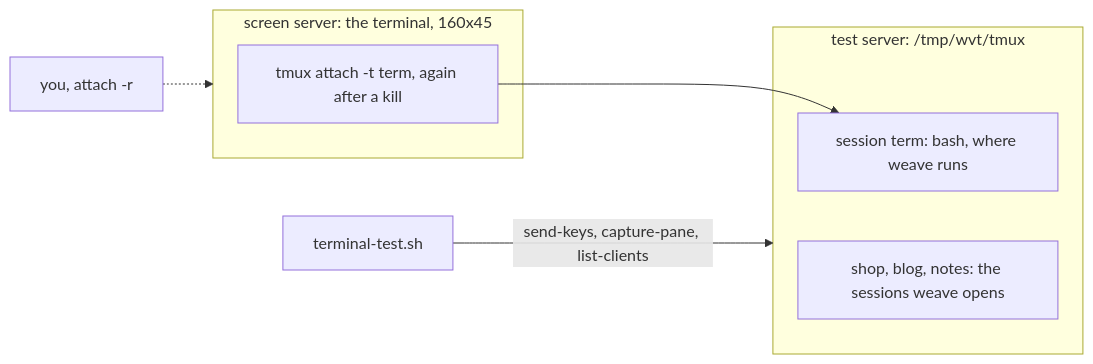
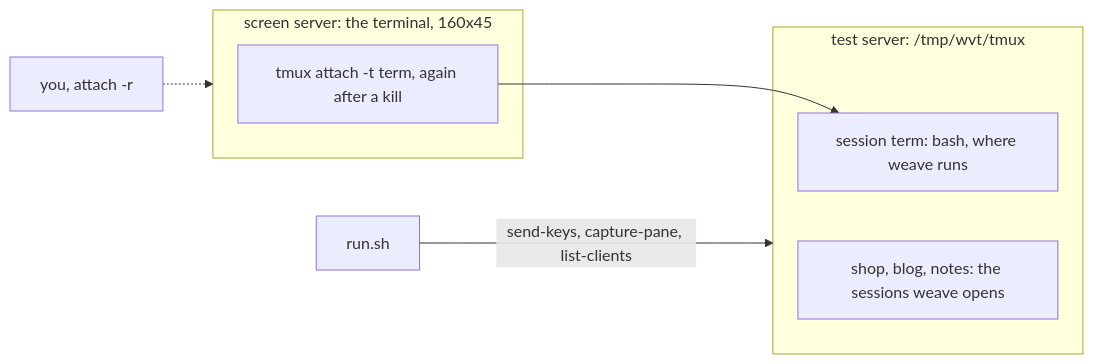
One commit to medilies/weaver changed the diagram in docs/agents/terminal-testing.md. Above: the diagram before and after it, drawn with Mermaid. The commit also changed other lines of this file and 2 other files, not shown here.

First line of the commit message:
test: move the terminal scenarios to test/terminal, watch them in a window

````diff
--- a/docs/agents/terminal-testing.md
+++ b/docs/agents/terminal-testing.md
@@ -44,13 +44,13 @@
 ```mermaid
 flowchart LR
-  script[terminal-test.sh] -- "send-keys, capture-pane, list-clients" --> server
+  script[run.sh] -- "send-keys, capture-pane, list-clients" --> server
   subgraph screen ["screen server: the terminal, 160x45"]
     client["tmux attach -t term, again after a kill"]
   end
   subgraph server ["test server: /tmp/wvt/tmux"]
     term["session term: bash, where weave runs"]
     projects["shop, blog, notes: the sessions weave opens"]
   end
   client --> term
   watcher["you, attach -r"] -.-> screen
 ```
````
